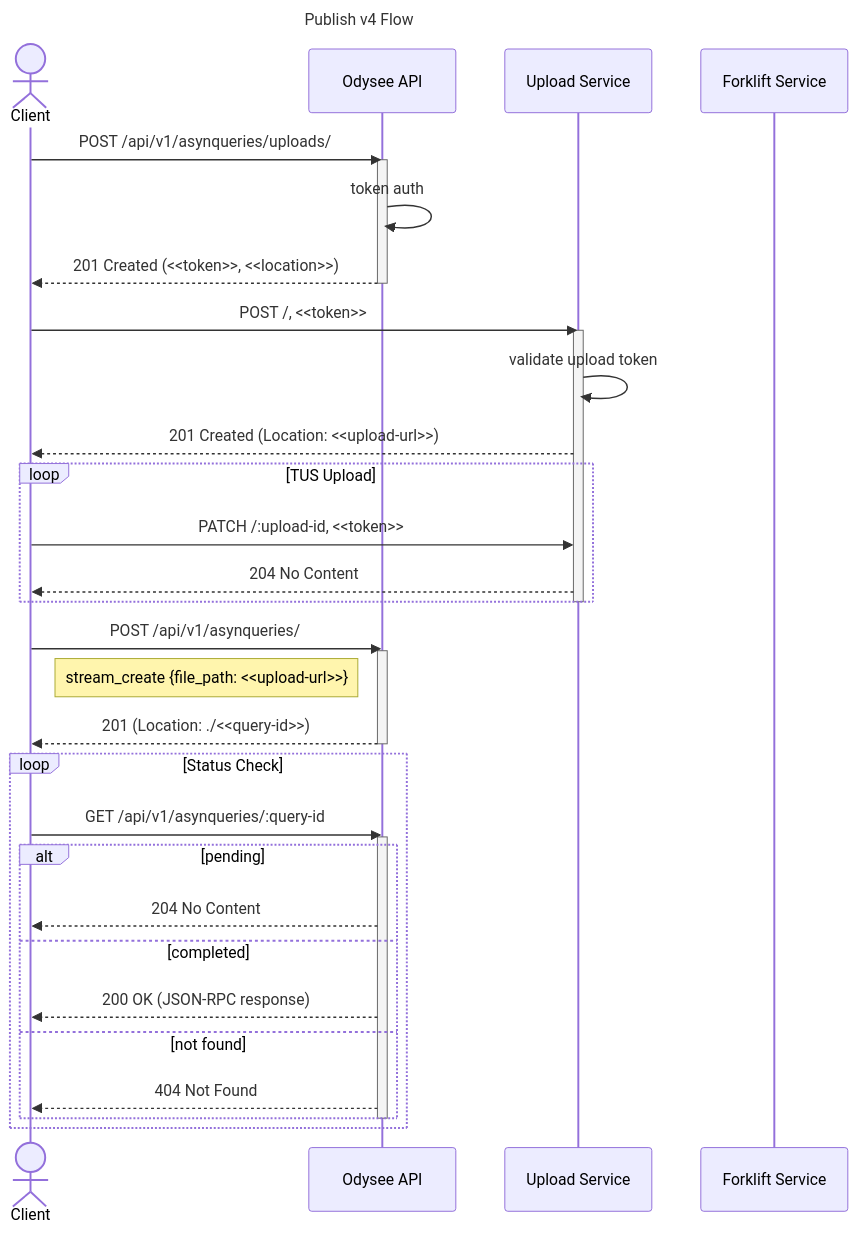
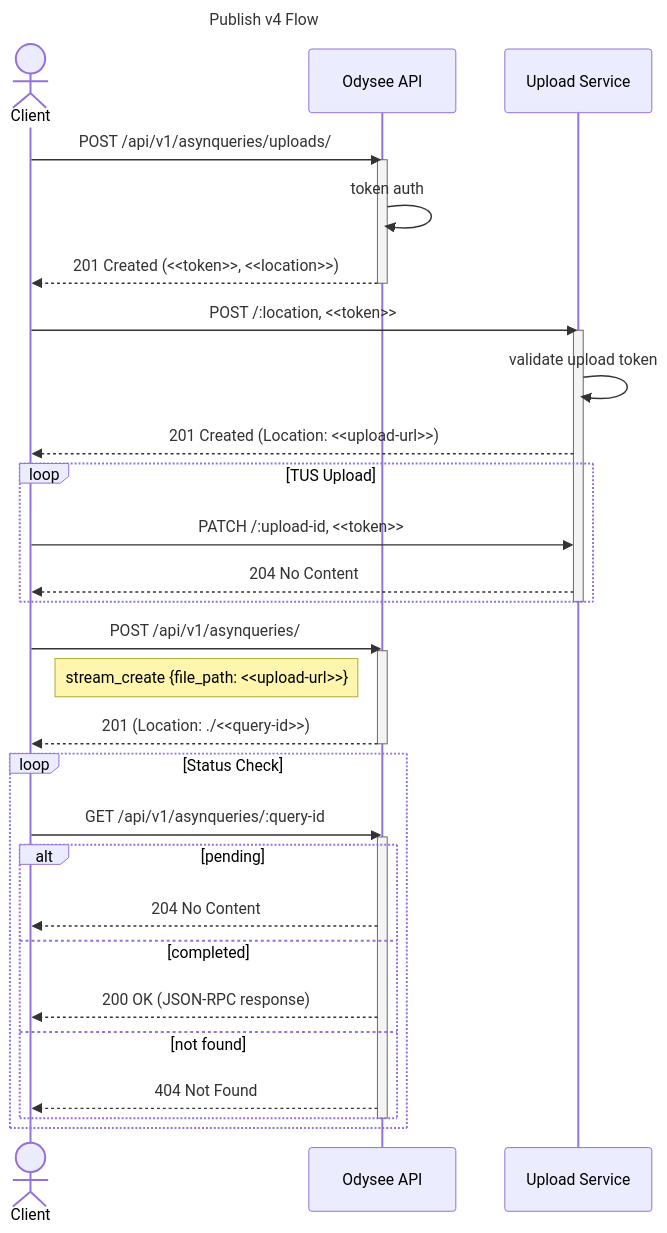
The diagram in docs/design/publish/publish_v4_client.mmd (OdyseeTeam/odysee-api), drawn with Mermaid before and after one commit.

Commit message:
Fix upload parameters, remove forklift service from the upload v4 graph

```diff
--- a/docs/design/publish/publish_v4_client.mmd
+++ b/docs/design/publish/publish_v4_client.mmd
@@ -1,45 +1,43 @@
 ---
 title: Publish v4 Flow
 ---
 sequenceDiagram
-    %% autonumber
     actor Client
     participant OAPI as Odysee API
     participant Upload as Upload Service
-    participant Forklift as Forklift Service
 
     Client->>OAPI: POST /api/v1/asynqueries/uploads/
     activate OAPI
     OAPI->>OAPI: token auth
     OAPI-->>Client: 201 Created (<<token>>, <<location>>)
     deactivate OAPI
 
-    Client->>Upload: POST /, <<token>>
+    Client->>Upload: POST /:location, <<token>>
     activate Upload
     Upload->>Upload: validate upload token
     Upload-->>Client: 201 Created (Location: <<upload-url>>)
 
     loop TUS Upload
         Client->>Upload: PATCH /:upload-id, <<token>>
         Upload-->>Client: 204 No Content
     end
     deactivate Upload
 
     Client->>OAPI: POST /api/v1/asynqueries/
     activate OAPI
     note Left of OAPI: stream_create {file_path: <<upload-url>>}
     OAPI-->>Client: 201 (Location: ./<<query-id>>)
     deactivate OAPI
 
     loop Status Check
       Client->>OAPI: GET /api/v1/asynqueries/:query-id
       activate OAPI
       alt pending
         OAPI-->>Client: 204 No Content
       else completed
         OAPI-->>Client: 200 OK (JSON-RPC response)
       else not found
         OAPI-->>Client: 404 Not Found
       end
       deactivate OAPI
     end
```
